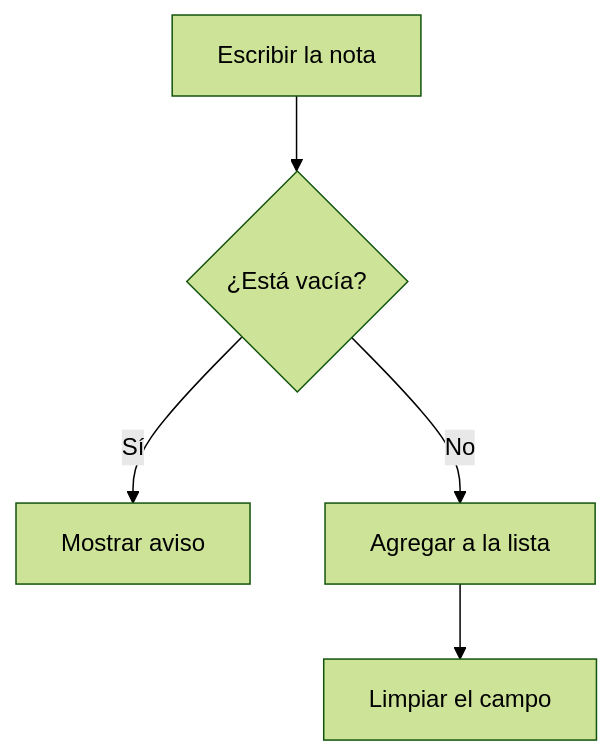
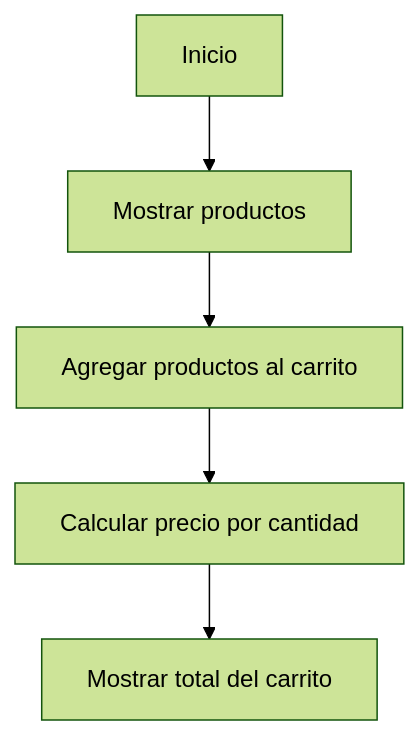
The diagram in README.md (mariaquispev-dot/tarea2), drawn with Mermaid (forest theme) before and after one commit. The commit also changed other lines of this file, not shown here.

````diff
--- a/README.md
+++ b/README.md
@@ -64,7 +111,7 @@
 ```mermaid
-graph TD
-    A[Escribir la nota] --> B{¿Está vacía?}
-    B -- Sí --> C[Mostrar aviso]
-    B -- No --> D[Agregar a la lista]
-    D --> E[Limpiar el campo]
+flowchart TD
+    A[Inicio] --> B[Mostrar productos]
+    B --> C[Agregar productos al carrito]
+    C --> D[Calcular precio por cantidad]
+    D --> E[Mostrar total del carrito]
 ```
````
